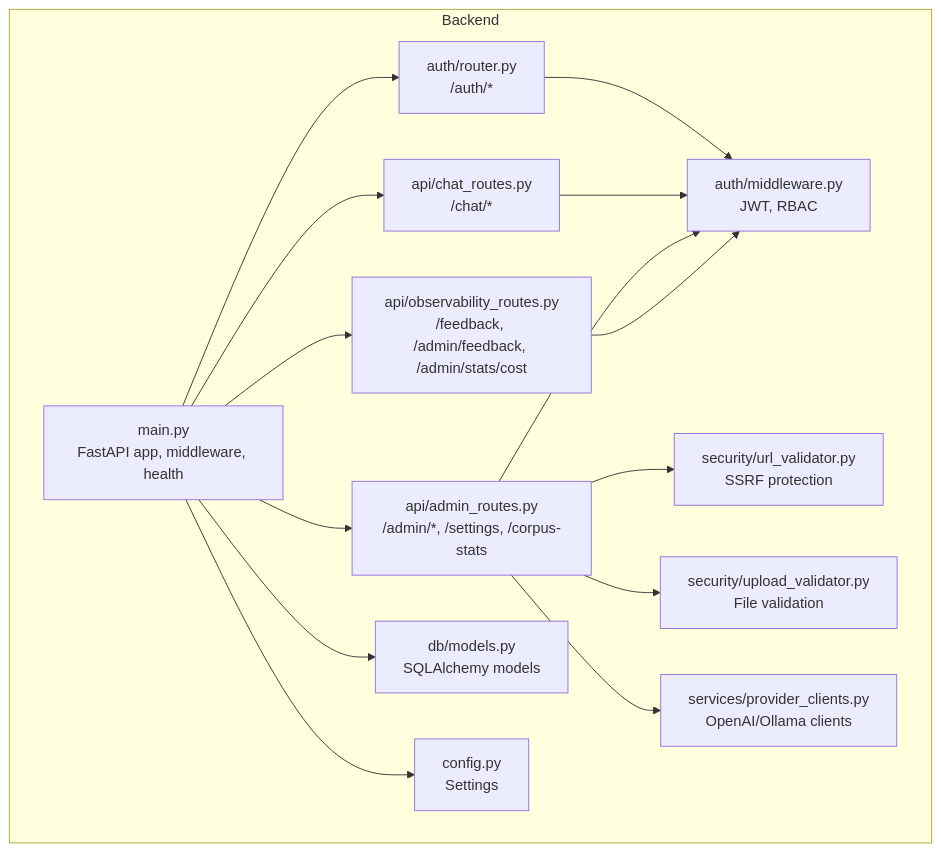
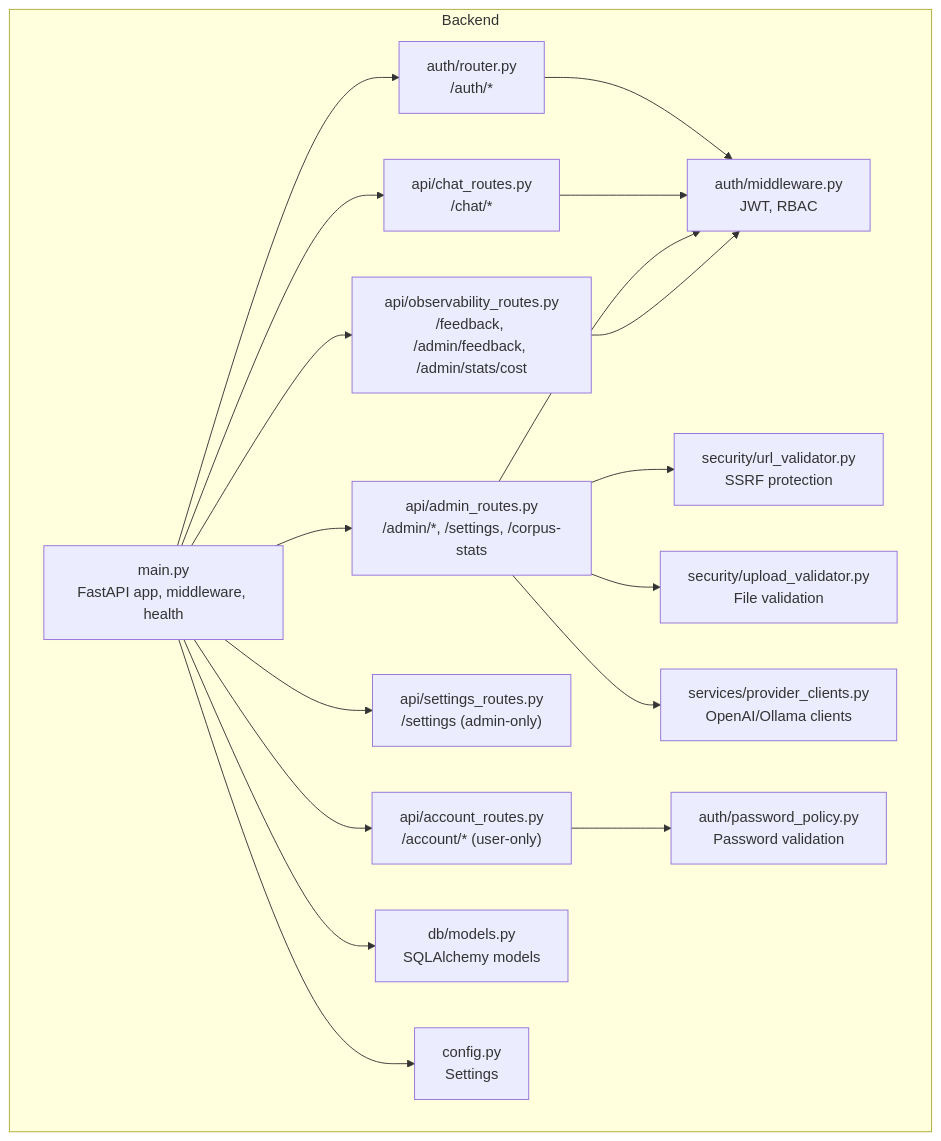
One commit to genes8/private-ai changed the first of 3 diagrams in .qoder/repowiki/en/content/Backend Development/API Endpoints/API Endpoints.md. Above: the diagram before and after it, drawn with Mermaid. The commit also changed other lines of this file and 55 other files, not shown here.

````diff
--- a/.qoder/repowiki/en/content/Backend Development/API Endpoints/API Endpoints.md
+++ b/.qoder/repowiki/en/content/Backend Development/API Endpoints/API Endpoints.md
@@ -60,29 +69,35 @@
 ```mermaid
 graph TB
 subgraph "Backend"
 A["main.py<br/>FastAPI app, middleware, health"]
 B["auth/router.py<br/>/auth/*"]
 C["api/chat_routes.py<br/>/chat/*"]
 D["api/admin_routes.py<br/>/admin/*, /settings, /corpus-stats"]
 E["api/observability_routes.py<br/>/feedback, /admin/feedback, /admin/stats/cost"]
 F["auth/middleware.py<br/>JWT, RBAC"]
 G["db/models.py<br/>SQLAlchemy models"]
 H["config.py<br/>Settings"]
 I["security/url_validator.py<br/>SSRF protection"]
 J["security/upload_validator.py<br/>File validation"]
 K["services/provider_clients.py<br/>OpenAI/Ollama clients"]
+L["api/settings_routes.py<br/>/settings (admin-only)"]
+M["api/account_routes.py<br/>/account/* (user-only)"]
+N["auth/password_policy.py<br/>Password validation"]
 end
 A --> B
 A --> C
 A --> D
 A --> E
+A --> L
+A --> M
 B --> F
 C --> F
 D --> F
 E --> F
 D --> I
 D --> J
 D --> K
 A --> G
 A --> H
+M --> N
 ```
````
